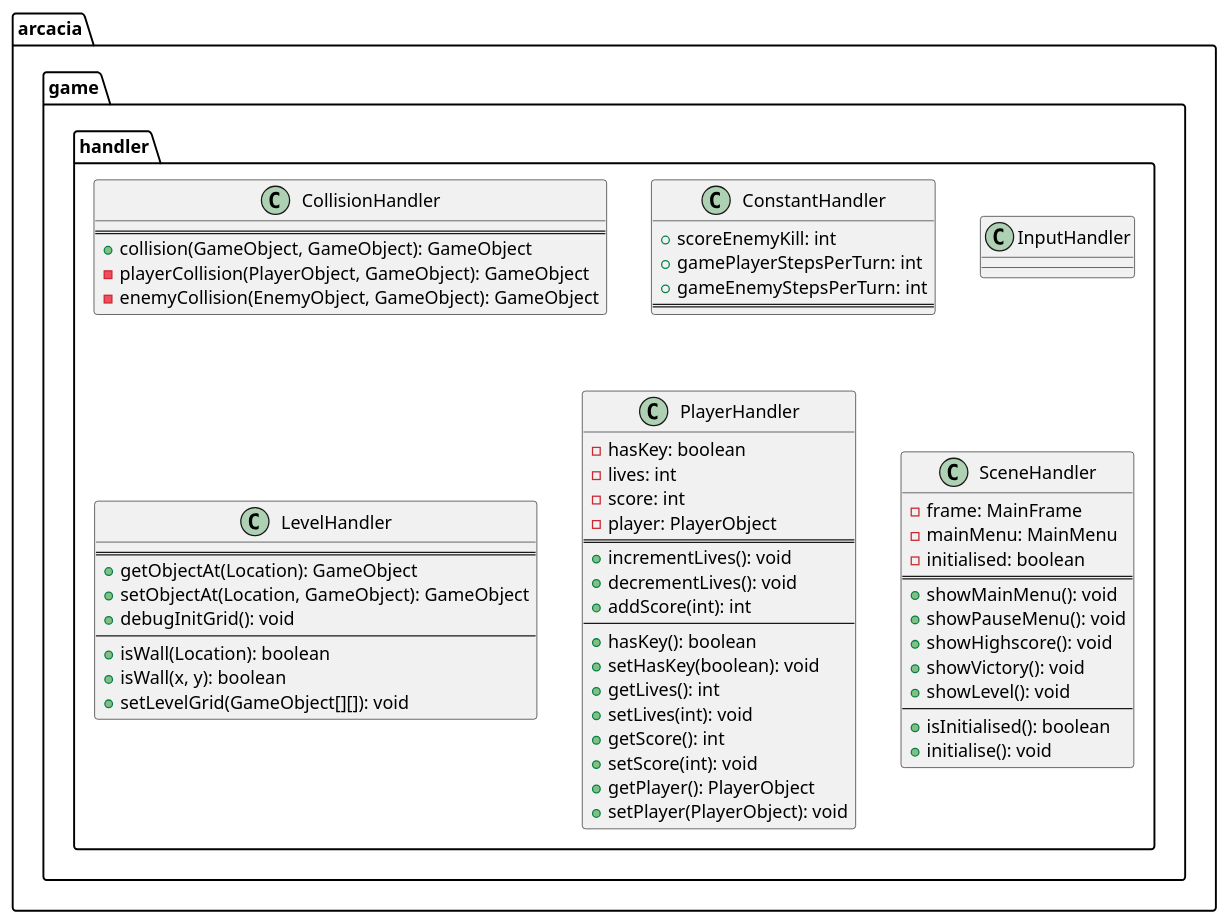
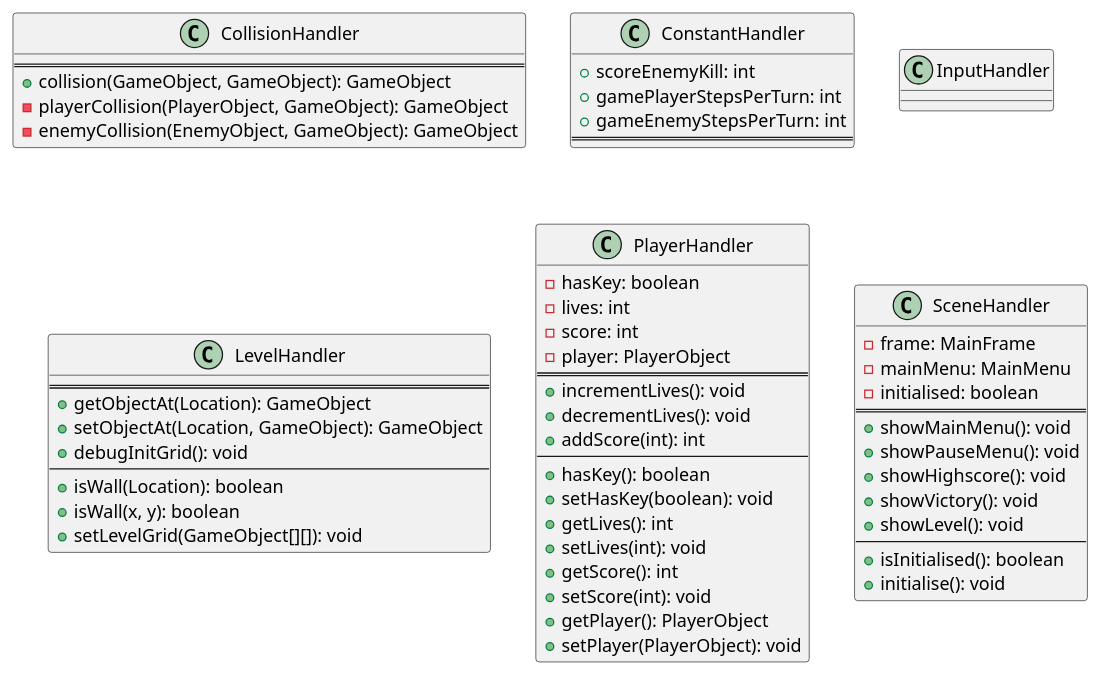
The diagram in UML/Handler.puml (FoxTheUnicorn/arcacia), drawn with PlantUML before and after one commit. The commit also changed 4 other files, not shown here.

Commit message:
Code Cleanup Added UML

```diff
--- a/UML/Handler.puml
+++ b/UML/Handler.puml
@@ -1,64 +1,66 @@
 @startuml
-class arcacia.game.handler.CollisionHandler {
+
+
+class CollisionHandler {
 ==
 + collision(GameObject, GameObject): GameObject
 - playerCollision(PlayerObject, GameObject): GameObject
 - enemyCollision(EnemyObject, GameObject): GameObject
 }
 
-class arcacia.game.handler.ConstantHandler {
+class ConstantHandler {
 + scoreEnemyKill: int
 + gamePlayerStepsPerTurn: int
 + gameEnemyStepsPerTurn: int
 ==
 }
 
-class arcacia.game.handler.InputHandler {
+class InputHandler {
 }
 
-class arcacia.game.handler.LevelHandler {
+class LevelHandler {
 ==
 + getObjectAt(Location): GameObject
 + setObjectAt(Location, GameObject): GameObject
 + debugInitGrid(): void
 --
 + isWall(Location): boolean
 + isWall(x, y): boolean
 + setLevelGrid(GameObject[][]): void
 }
 
-class arcacia.game.handler.PlayerHandler {
+class PlayerHandler {
 - hasKey: boolean
 - lives: int
 - score: int
 - player: PlayerObject
 ==
 + incrementLives(): void
 + decrementLives(): void
 + addScore(int): int
 --
 + hasKey(): boolean
 + setHasKey(boolean): void
 + getLives(): int
 + setLives(int): void
 + getScore(): int
 + setScore(int): void
 + getPlayer(): PlayerObject
 + setPlayer(PlayerObject): void
 }
 
-class arcacia.game.handler.SceneHandler {
+class SceneHandler {
 - frame: MainFrame
 - mainMenu: MainMenu
 - initialised: boolean
 ==
 + showMainMenu(): void
 + showPauseMenu(): void
 + showHighscore(): void
 + showVictory(): void
 + showLevel(): void
 --
 + isInitialised(): boolean
 + initialise(): void
 }
 @enduml
```
